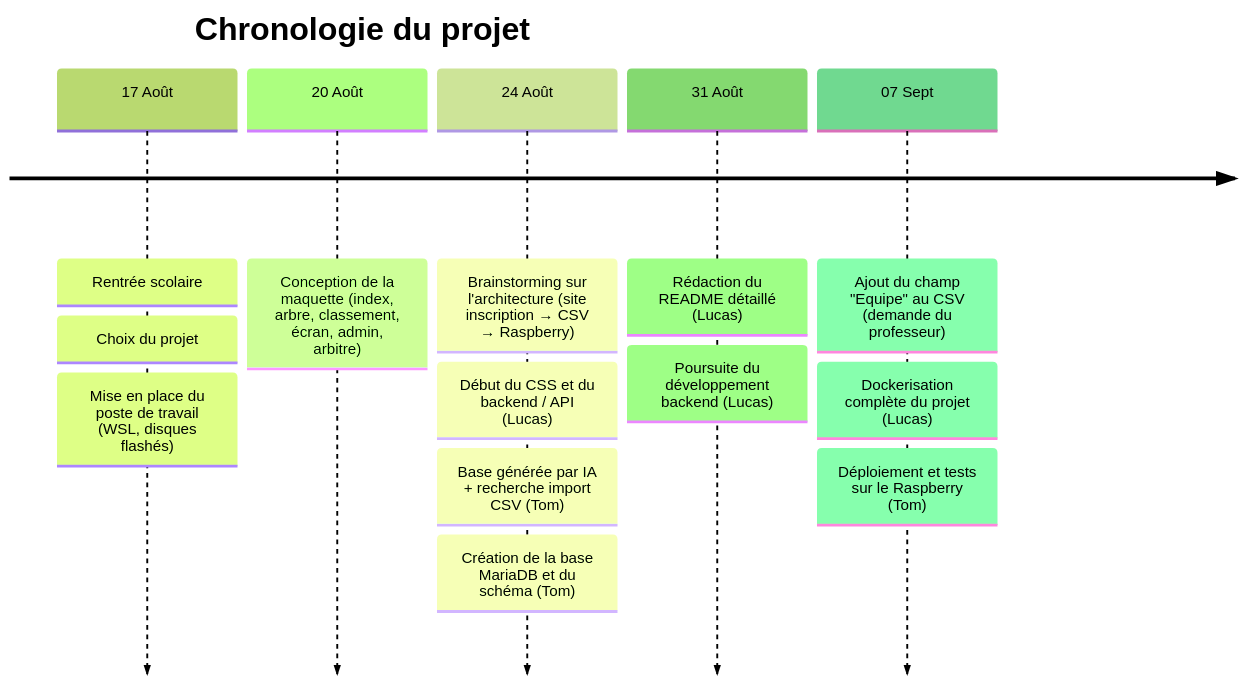
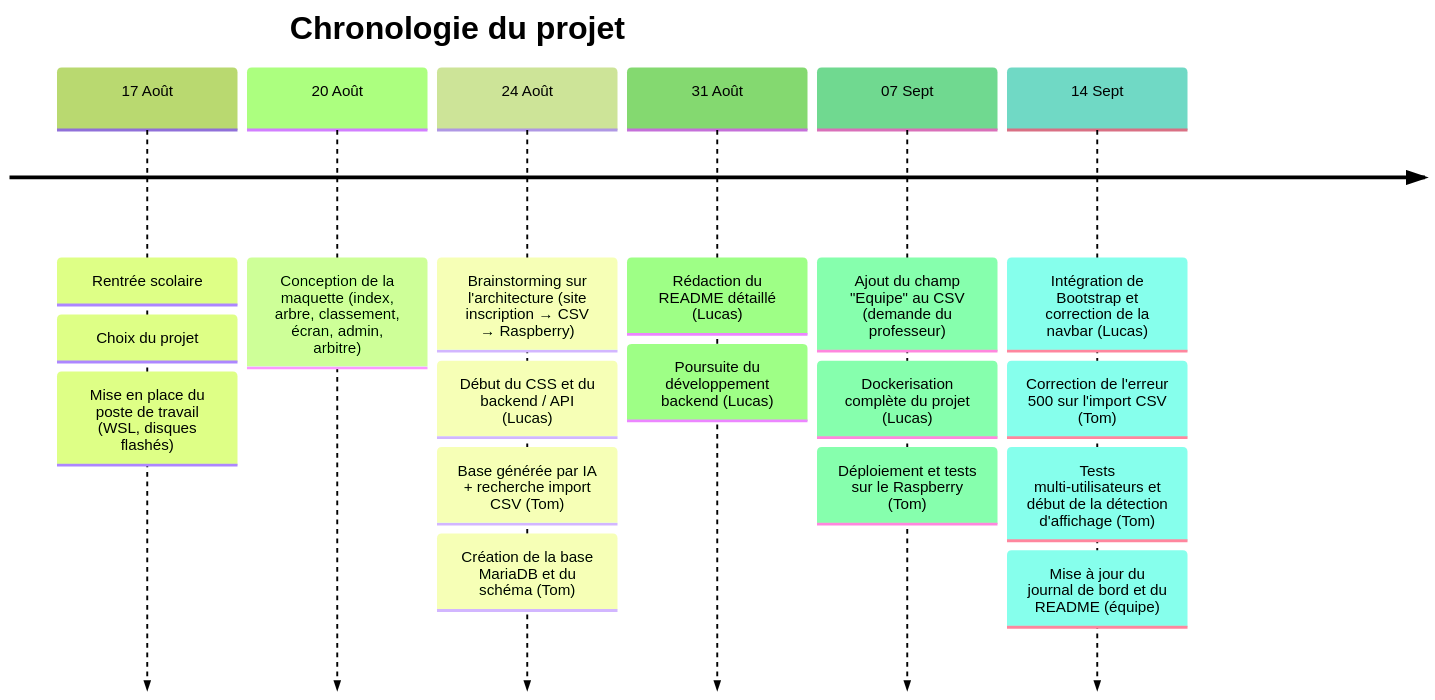
The first of 3 diagrams in journalDeBord.md (CFPT-AWEB-PH/2026-27_I.DA-P3B_LuTo), drawn with Mermaid (forest theme) before and after one commit. The commit also changed other lines of this file, not shown here.

````diff
--- a/journalDeBord.md
+++ b/journalDeBord.md
@@ -11,17 +11,21 @@
 ```mermaid
 timeline
     title Chronologie du projet
     17 Août : Rentrée scolaire
             : Choix du projet
             : Mise en place du poste de travail (WSL, disques flashés)
     20 Août : Conception de la maquette (index, arbre, classement, écran, admin, arbitre)
     24 Août : Brainstorming sur l'architecture (site inscription → CSV → Raspberry)
             : Début du CSS et du backend / API (Lucas)
             : Base générée par IA + recherche import CSV (Tom)
             : Création de la base MariaDB et du schéma (Tom)
     31 Août : Rédaction du README détaillé (Lucas)
             : Poursuite du développement backend (Lucas)
     07 Sept : Ajout du champ "Equipe" au CSV (demande du professeur)
             : Dockerisation complète du projet (Lucas)
             : Déploiement et tests sur le Raspberry (Tom)
+    14 Sept : Intégration de Bootstrap et correction de la navbar (Lucas)
+            : Correction de l'erreur 500 sur l'import CSV (Tom)
+            : Tests multi-utilisateurs et début de la détection d'affichage (Tom)
+            : Mise à jour du journal de bord et du README (équipe)
 ```
````
